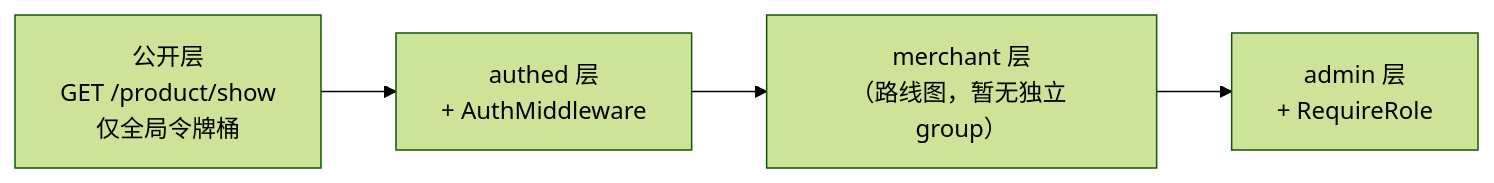
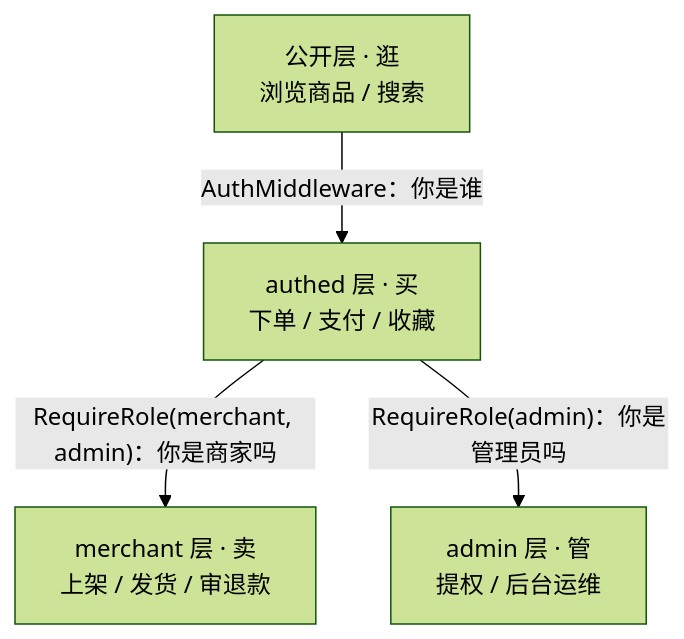
One commit to RedInn7/gomall changed the first of 6 diagrams in docs/lecture/01-user-auth.md. Above: the diagram before and after it, drawn with Mermaid (forest theme). The commit also changed other lines of this file, not shown here.

First line of the commit message:
docs(lecture): 01 三层墙升级为逛/买/卖/管四层墙，与 merchant 落地代码同步

````diff
--- a/docs/lecture/01-user-auth.md
+++ b/docs/lecture/01-user-auth.md
@@ -160,8 +229,10 @@
 ```mermaid
-flowchart LR
-    pub["公开层<br/>GET /product/show<br/>仅全局令牌桶"]
-    auth["authed 层<br/>+ AuthMiddleware"]
-    mer["merchant 层<br/>（路线图，暂无独立 group）"]
-    adm["admin 层<br/>+ RequireRole"]
-    pub --> auth --> mer --> adm
+flowchart TD
+    pub["公开层 · 逛<br/>浏览商品 / 搜索"]
+    auth["authed 层 · 买<br/>下单 / 支付 / 收藏"]
+    mer["merchant 层 · 卖<br/>上架 / 发货 / 审退款"]
+    adm["admin 层 · 管<br/>提权 / 后台运维"]
+    pub -->|"AuthMiddleware：你是谁"| auth
+    auth -->|"RequireRole(merchant, admin)：你是商家吗"| mer
+    auth -->|"RequireRole(admin)：你是管理员吗"| adm
 ```
````
